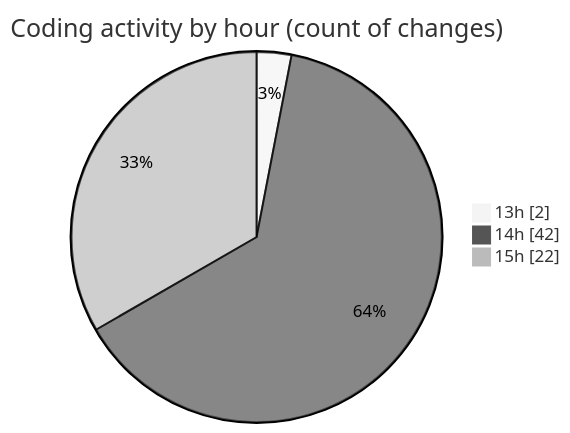
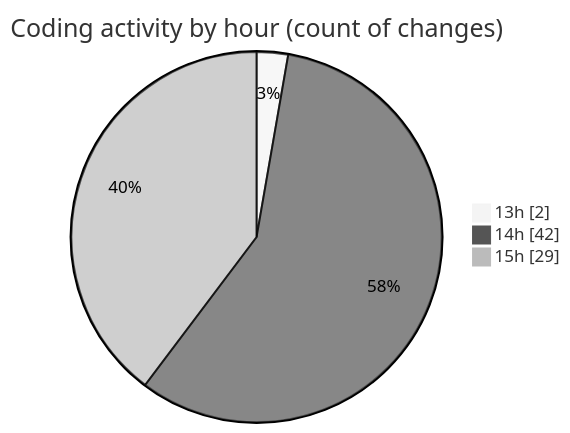
Before and after one commit to nxtqubesakshisongat/code-tracking: the second of 2 diagrams in 2025-05-31/nxtqube_webapp/README.md, drawn with Mermaid (neutral theme). The commit also changed other lines of this file and 1 other file, not shown here.

````diff
--- a/2025-05-31/nxtqube_webapp/README.md
+++ b/2025-05-31/nxtqube_webapp/README.md
@@ -34,7 +35,7 @@
 ```mermaid
 pie showData
 title Coding activity by hour (count of changes)
 "13h" : 2
 "14h" : 42
-"15h" : 22
+"15h" : 29
 ```
````
